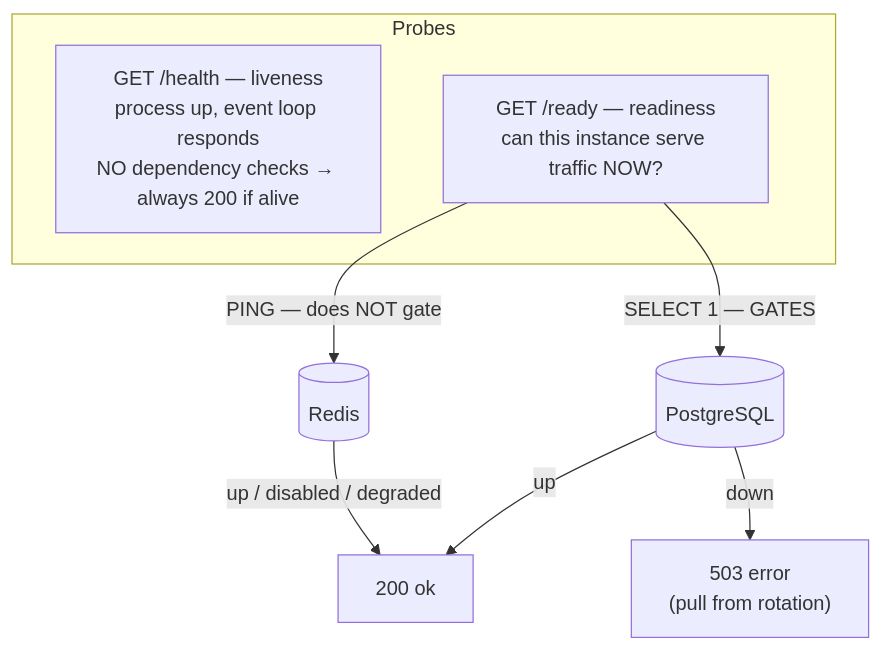
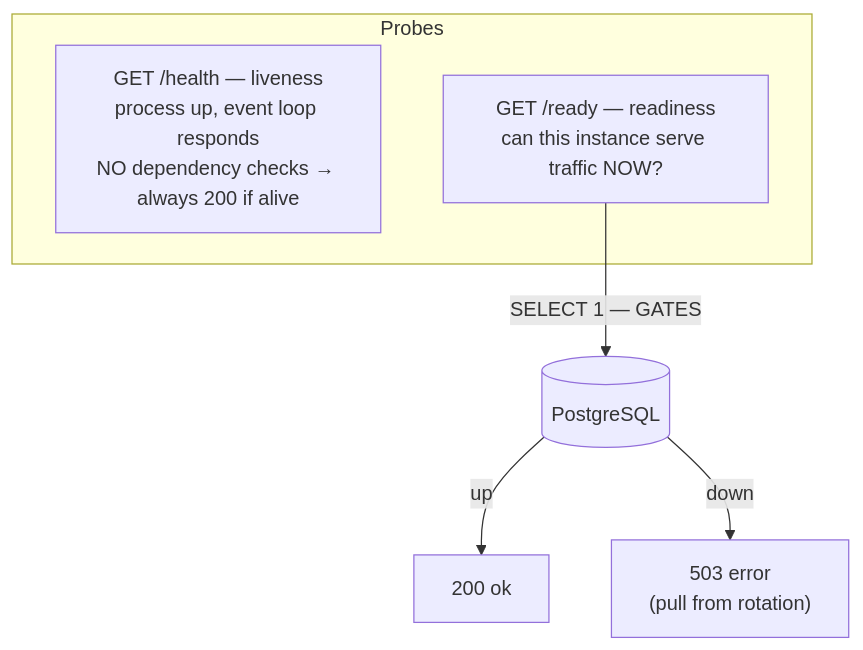
Before and after one commit to akritiupreti/virtual-consultation-platform: the second of 2 diagrams in docs/observability.md, drawn with Mermaid. The commit also changed other lines of this file and 193 other files, not shown here.

First line of the commit message:
refactor: simplify consultation workflow and fix data-model diagram

````diff
--- a/docs/observability.md
+++ b/docs/observability.md
@@ -117,17 +117,14 @@
 ```mermaid
 flowchart TB
     subgraph probes [Probes]
         live["GET /health — liveness<br/>process up, event loop responds<br/>NO dependency checks → always 200 if alive"]
         ready["GET /ready — readiness<br/>can this instance serve traffic NOW?"]
     end
 
     pg[(PostgreSQL)]
-    rd[(Redis)]
 
     ready -->|"SELECT 1 — GATES"| pg
-    ready -->|"PING — does NOT gate"| rd
 
     pg -->|up| ok["200 ok"]
     pg -->|down| fail["503 error<br/>(pull from rotation)"]
-    rd -->|up / disabled / degraded| ok
 ```
````
